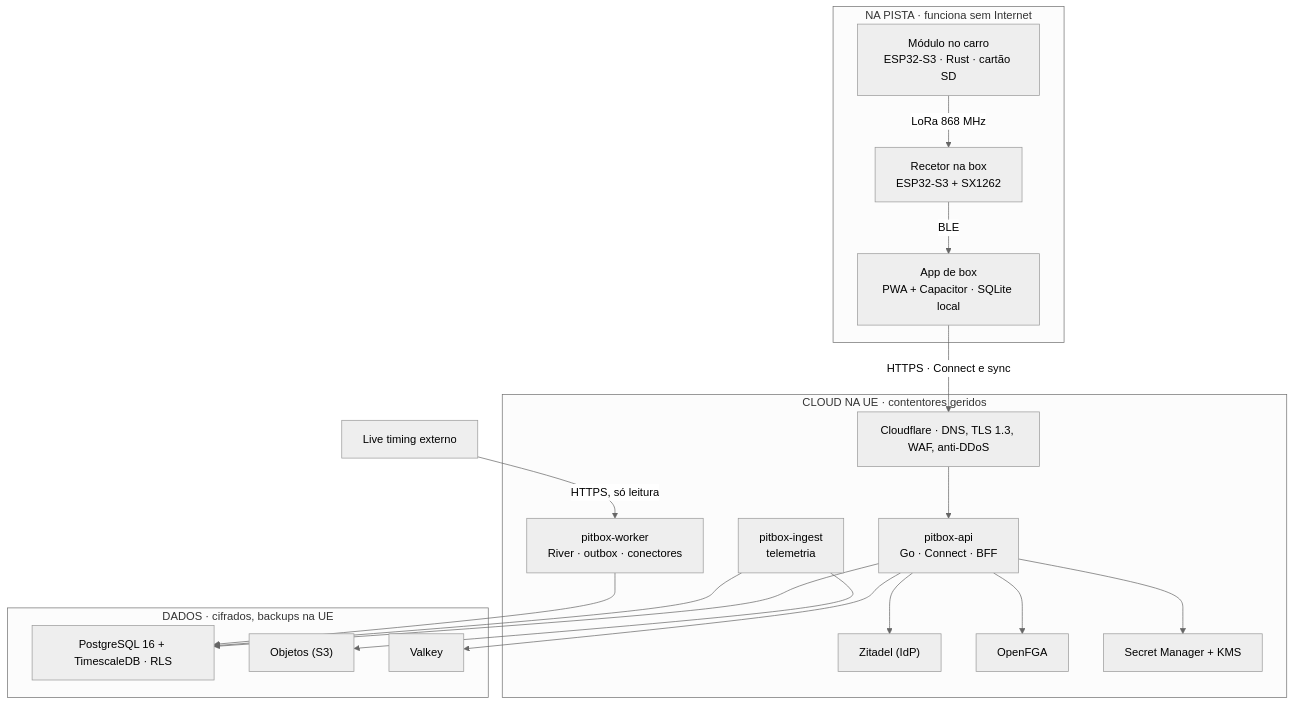
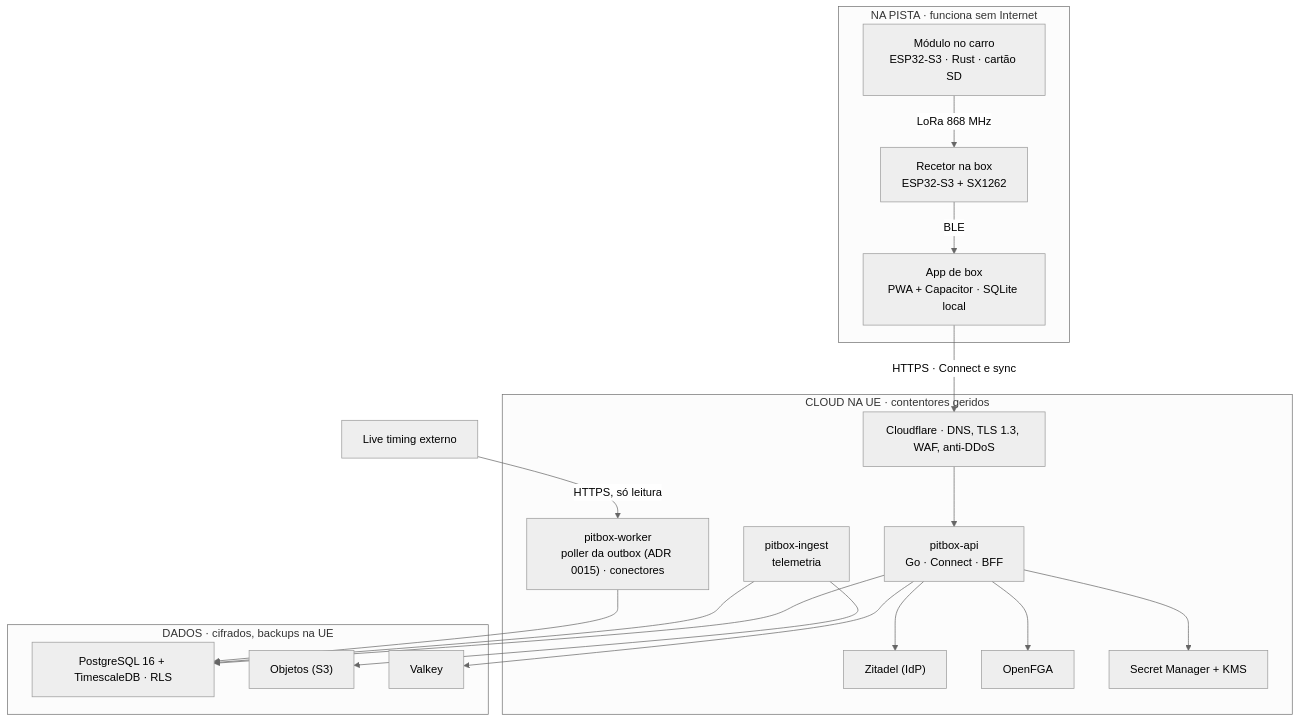
The diagram in docs/02-arquitetura-tecnica.md (NelsonDanielFreitas/pitbox), drawn with Mermaid (neutral theme) before and after one commit. The commit also changed other lines of this file and 8 other files, not shown here.

First line of the commit message:
docs(adr): add ADR 0015 for the outbox poller (F1-05b)

````diff
--- a/docs/02-arquitetura-tecnica.md
+++ b/docs/02-arquitetura-tecnica.md
@@ -34,27 +34,27 @@
 ```mermaid
 flowchart TB
   subgraph Pista["NA PISTA · funciona sem Internet"]
     MOD["Módulo no carro<br/>ESP32-S3 · Rust · cartão SD"] -- "LoRa 868 MHz" --> REC["Recetor na box<br/>ESP32-S3 + SX1262"]
     REC -- BLE --> APP["App de box<br/>PWA + Capacitor · SQLite local"]
   end
   APP -- "HTTPS · Connect e sync" --> CF["Cloudflare · DNS, TLS 1.3, WAF, anti-DDoS"]
   LT["Live timing externo"] -- "HTTPS, só leitura" --> WRK
   subgraph Cloud["CLOUD NA UE · contentores geridos"]
     CF --> API["pitbox-api<br/>Go · Connect · BFF"]
     ING["pitbox-ingest<br/>telemetria"]
-    WRK["pitbox-worker<br/>River · outbox · conectores"]
+    WRK["pitbox-worker<br/>poller da outbox (ADR 0015) · conectores"]
     API --> IDP["Zitadel (IdP)"]
     API --> FGA["OpenFGA"]
     API --> SEC["Secret Manager + KMS"]
   end
   subgraph Dados["DADOS · cifrados, backups na UE"]
     PG["PostgreSQL 16 + TimescaleDB · RLS"]
     OBJ["Objetos (S3)"]
     VK["Valkey"]
   end
   API --> PG
   API --> VK
   ING --> PG
   ING --> OBJ
   WRK --> PG
 ```
````
